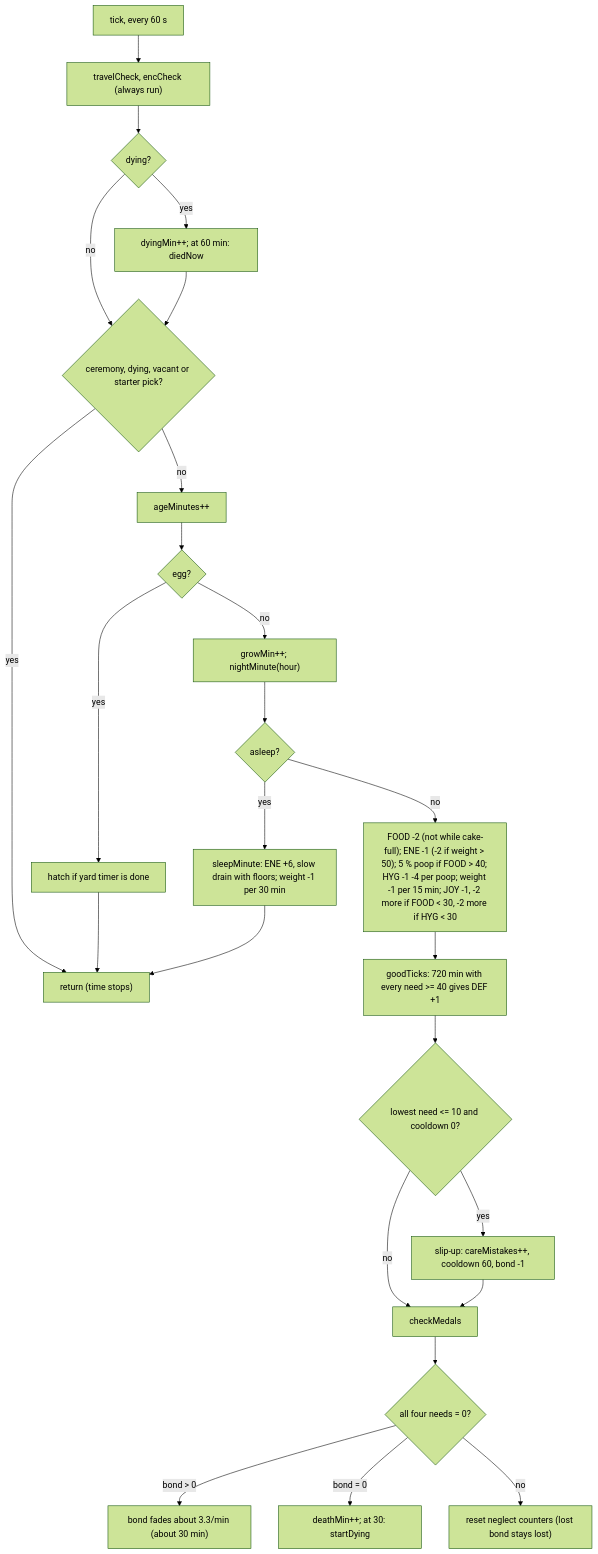
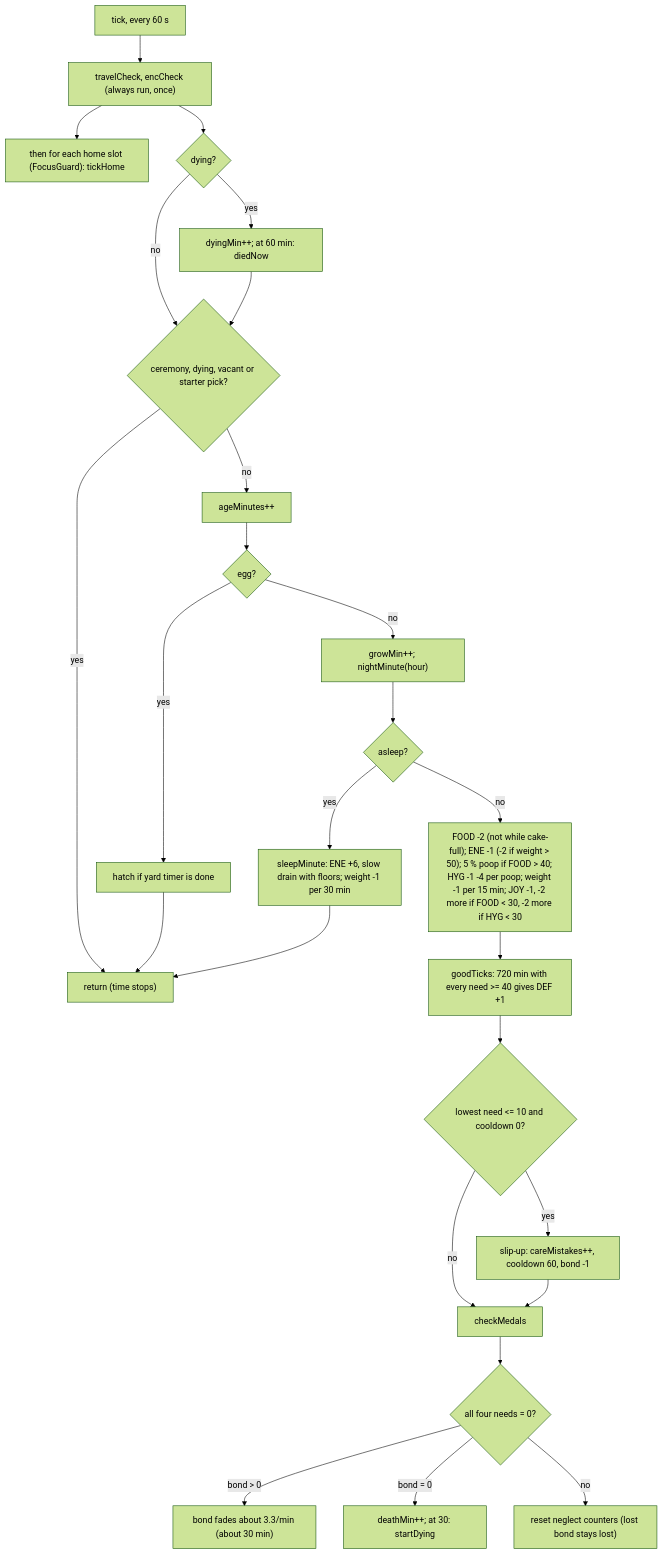
One commit to Ale-Cuevas/TamaPoke changed the fourth of 11 diagrams in docs/GAME_LOGIC.md. Above: the diagram before and after it, drawn with Mermaid (forest theme). The commit also changed other lines of this file and 22 other files, not shown here.

First line of the commit message:
v3.0: two pets live at home at once

````diff
--- a/docs/GAME_LOGIC.md
+++ b/docs/GAME_LOGIC.md
@@ -358,25 +387,26 @@
 ```mermaid
 flowchart TD
-  A["tick, every 60 s"] --> B["travelCheck, encCheck (always run)"]
+  A["tick, every 60 s"] --> B["travelCheck, encCheck (always run, once)"]
+  B --> B2["then for each home slot (FocusGuard): tickHome"]
   B --> C{"dying?"}
   C -- yes --> C1["dyingMin++; at 60 min: diedNow"]
   C -- no --> D
   C1 --> D{"ceremony, dying, vacant or starter pick?"}
   D -- yes --> Z["return (time stops)"]
   D -- no --> E["ageMinutes++"]
   E --> F{"egg?"}
   F -- yes --> F1["hatch if yard timer is done"] --> Z
   F -- no --> G["growMin++; nightMinute(hour)"]
   G --> H{"asleep?"}
   H -- yes --> H1["sleepMinute: ENE +6, slow drain with floors; weight -1 per 30 min"] --> Z
   H -- no --> I["FOOD -2 (not while cake-full); ENE -1 (-2 if weight > 50); 5 % poop if FOOD > 40; HYG -1 -4 per poop; weight -1 per 15 min; JOY -1, -2 more if FOOD < 30, -2 more if HYG < 30"]
   I --> J["goodTicks: 720 min with every need >= 40 gives DEF +1"]
   J --> K{"lowest need <= 10 and cooldown 0?"}
   K -- yes --> K1["slip-up: careMistakes++, cooldown 60, bond -1"]
   K -- no --> L
   K1 --> L["checkMedals"]
   L --> M{"all four needs = 0?"}
   M -- "bond > 0" --> M1["bond fades about 3.3/min (about 30 min)"]
   M -- "bond = 0" --> M2["deathMin++; at 30: startDying"]
   M -- no --> M3["reset neglect counters (lost bond stays lost)"]
 ```
````
